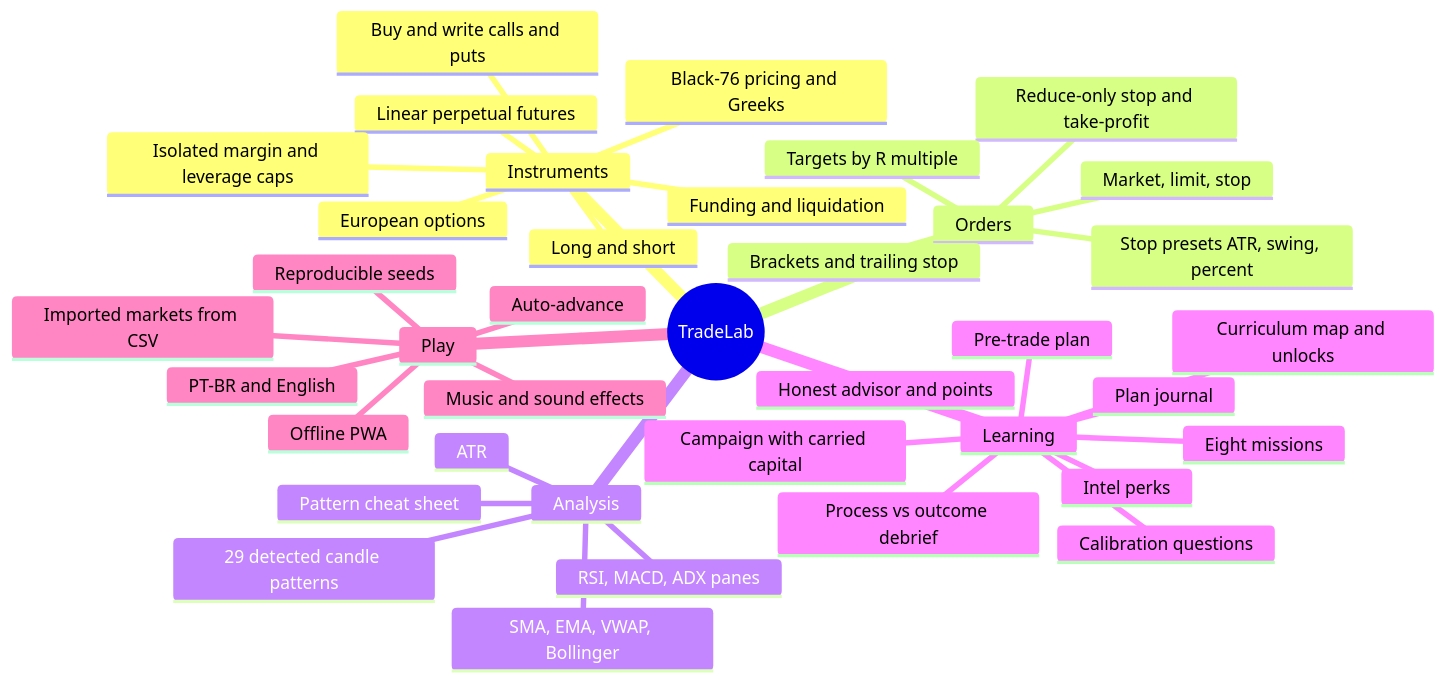
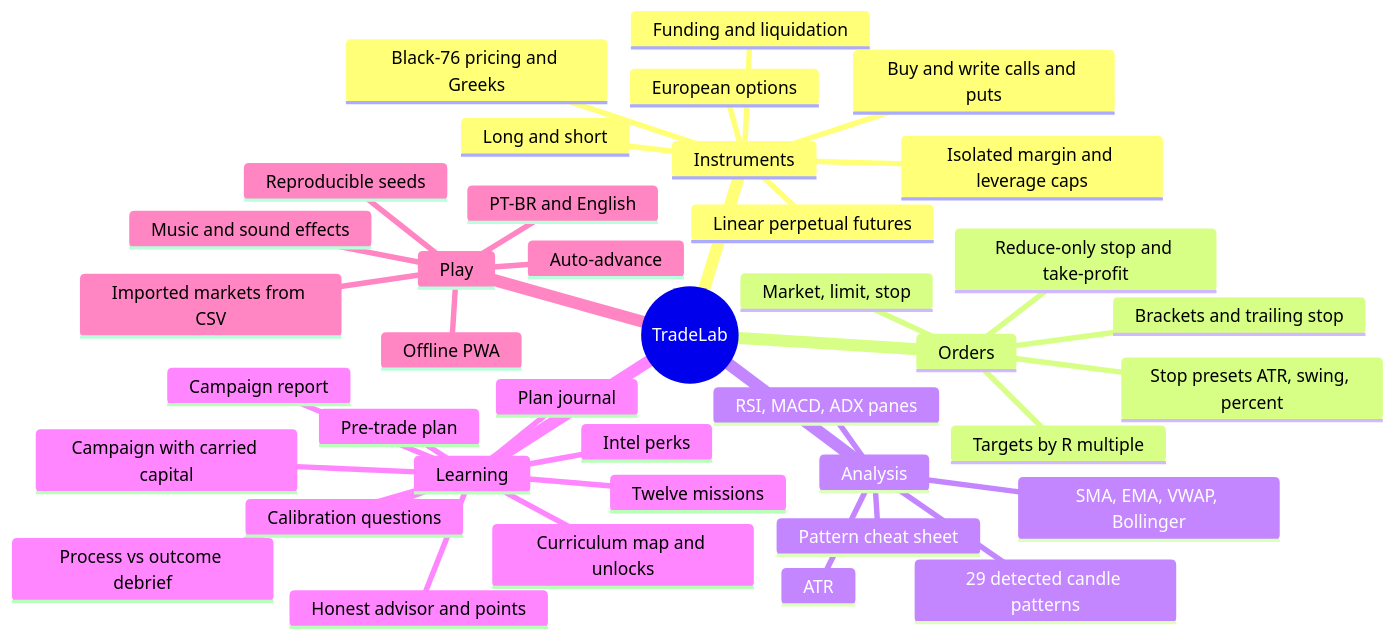
The first of 7 diagrams in README.md (CyberdyneCorp/trading-game), drawn with Mermaid before and after one commit. The commit also changed other lines of this file and 7 other files, not shown here.

First line of the commit message:
Docs: twelve missions, batch B tables, OpenSpec 6.B and 5.3 done

````diff
--- a/README.md
+++ b/README.md
@@ -45,41 +45,42 @@
 ```mermaid
 mindmap
   root((TradeLab))
     Instruments
       Linear perpetual futures
       Long and short
       Isolated margin and leverage caps
       Funding and liquidation
       European options
       Buy and write calls and puts
       Black-76 pricing and Greeks
     Orders
       Market, limit, stop
       Reduce-only stop and take-profit
       Brackets and trailing stop
       Stop presets ATR, swing, percent
       Targets by R multiple
     Analysis
       SMA, EMA, VWAP, Bollinger
       RSI, MACD, ADX panes
       ATR
       29 detected candle patterns
       Pattern cheat sheet
     Learning
-      Eight missions
+      Twelve missions
       Campaign with carried capital
+      Campaign report
       Curriculum map and unlocks
       Plan journal
       Honest advisor and points
       Intel perks
       Pre-trade plan
       Calibration questions
       Process vs outcome debrief
     Play
       Auto-advance
       Music and sound effects
       Offline PWA
       Imported markets from CSV
       PT-BR and English
       Reproducible seeds
 ```
````
